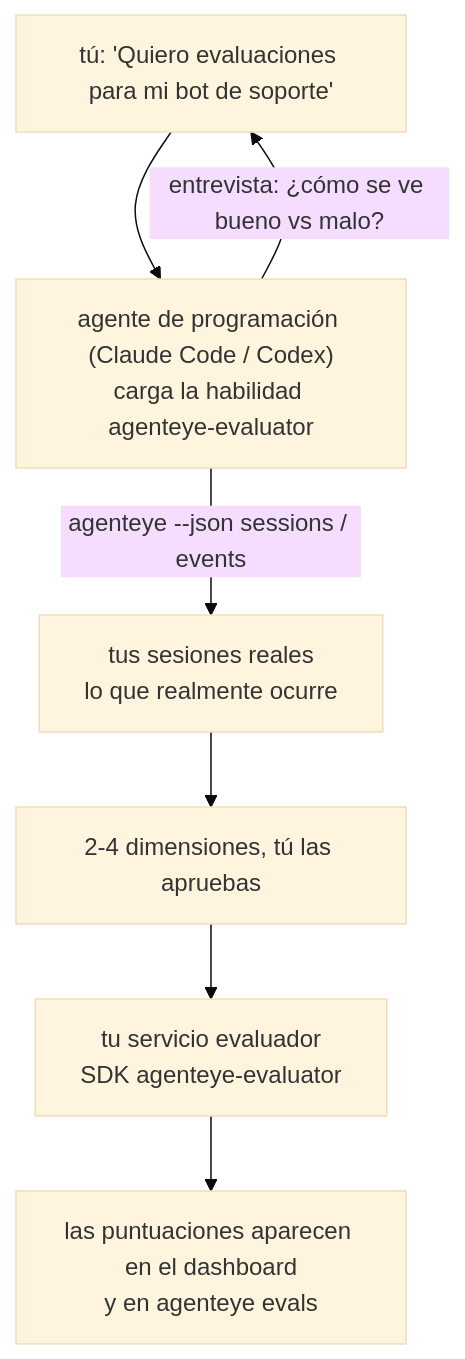
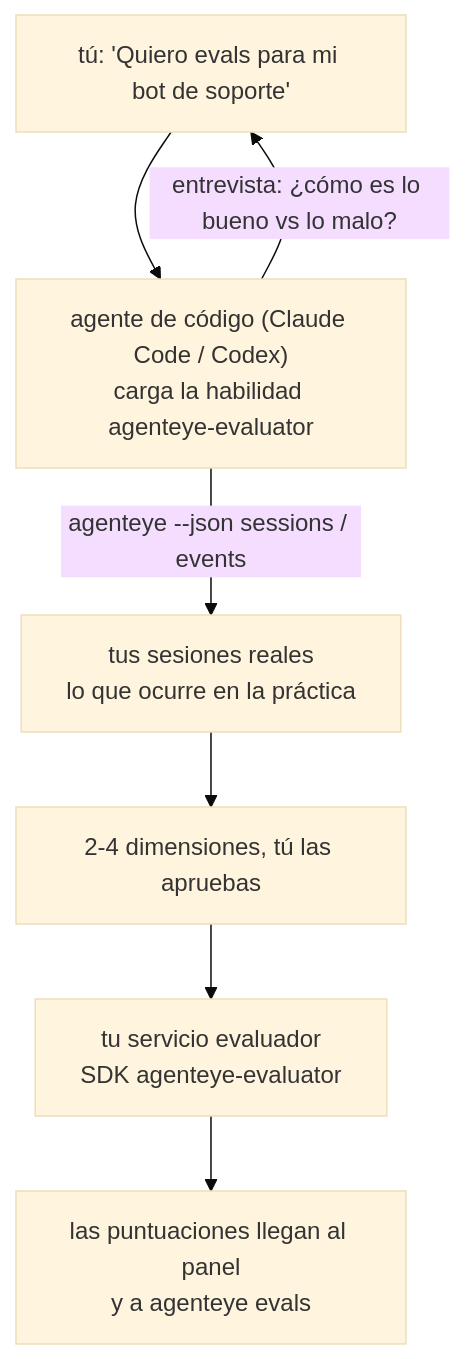
One commit to FailproofAI/failproofai changed the diagram in docs/es/agenteye/evaluator-skill.mdx. Above: the diagram before and after it, drawn with Mermaid (base theme). The commit also changed other lines of this file and 677 other files, not shown here.

````diff
--- a/docs/es/agenteye/evaluator-skill.mdx
+++ b/docs/es/agenteye/evaluator-skill.mdx
@@ -21,9 +21,9 @@
 ```mermaid
 flowchart TD
-    YOU["tú: 'Quiero evaluaciones para mi bot de soporte'"] --> AGENT["agente de programación (Claude Code / Codex)<br/>carga la habilidad agenteye-evaluator"]
-    AGENT -->|"entrevista: ¿cómo se ve bueno vs malo?"| YOU
-    AGENT -->|"agenteye --json sessions / events"| DATA["tus sesiones reales<br/>lo que realmente ocurre"]
+    YOU["tú: 'Quiero evals para mi bot de soporte'"] --> AGENT["agente de código (Claude Code / Codex)<br/>carga la habilidad agenteye-evaluator"]
+    AGENT -->|"entrevista: ¿cómo es lo bueno vs lo malo?"| YOU
+    AGENT -->|"agenteye --json sessions / events"| DATA["tus sesiones reales<br/>lo que ocurre en la práctica"]
     DATA --> DIMS["2-4 dimensiones, tú las apruebas"]
     DIMS --> SVC["tu servicio evaluador<br/>SDK agenteye-evaluator"]
-    SVC --> SCORES["las puntuaciones aparecen en el dashboard<br/>y en agenteye evals"]
+    SVC --> SCORES["las puntuaciones llegan al panel<br/>y a agenteye evals"]
 ```
````
